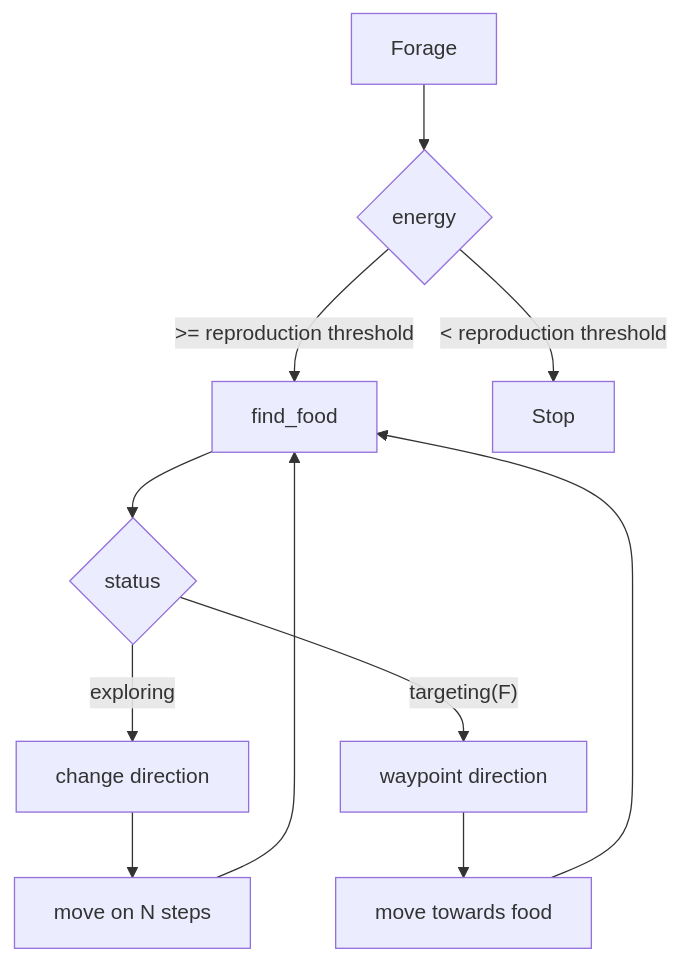
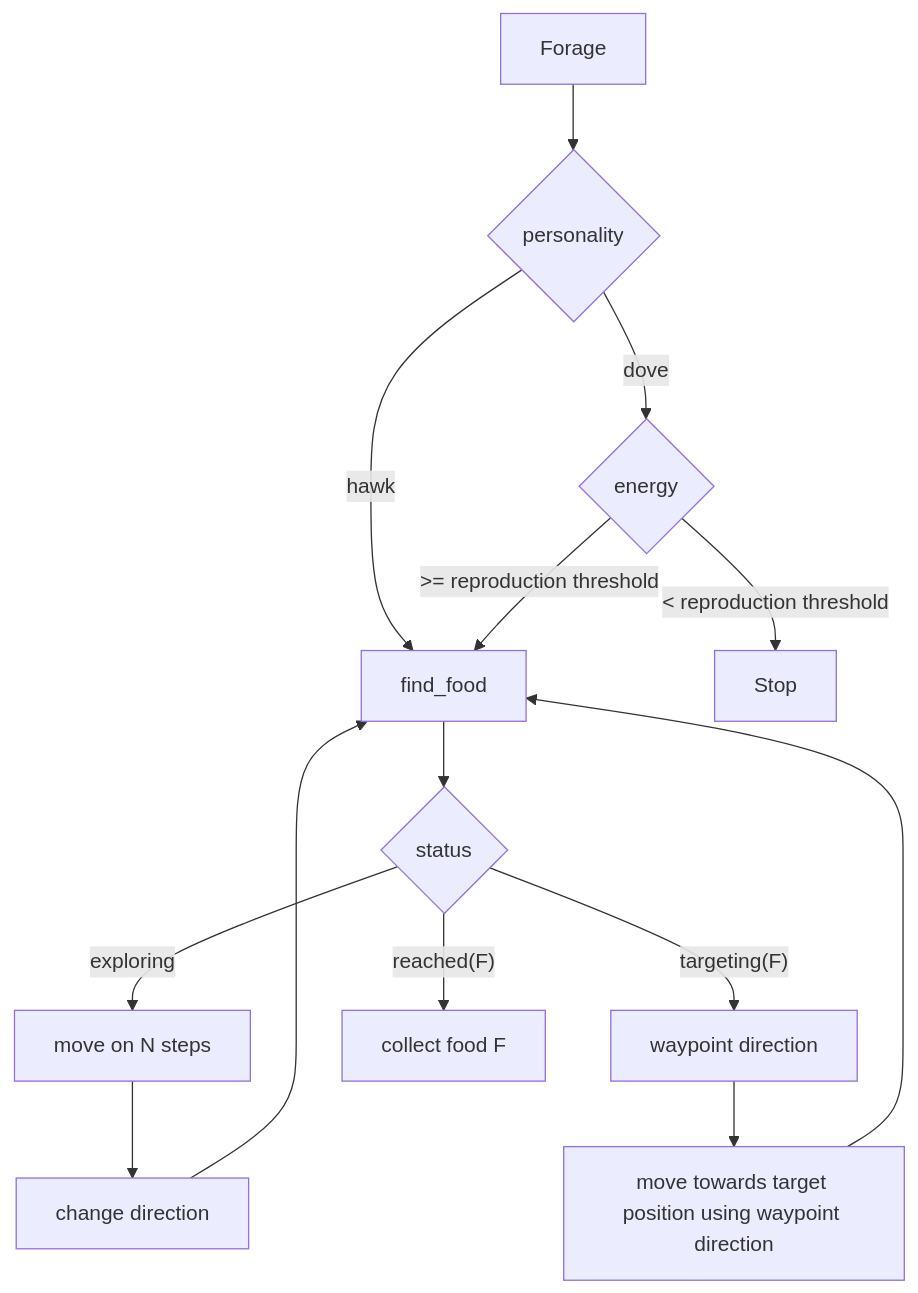
One commit to giovaz94/isee-project-2023-2024 changed the fourth of 4 diagrams in docs/report.md. Above: the diagram before and after it, drawn with Mermaid. The commit also changed other lines of this file and 5 other files, not shown here.

````diff
--- a/docs/report.md
+++ b/docs/report.md
@@ -212,15 +298,23 @@
 ```mermaid
 graph TD
-    A["Forage"] --> B{"energy"}
+    A["Forage"] --> Z{"personality"}
+
+    Z -- "dove" --> B{"energy"}
+
+    Z -- "hawk" --> C
+
     B -- ">= reproduction threshold" --> C["find_food"]
     C --> D{"status"}
-    D -- "exploring" --> E["change direction"]
-    E --> F["move on N steps"]
+
+    D -- "exploring" --> E["move on N steps"]
+    E --> F["change direction"]
     F --> C
-    
+
     D -- "targeting(F)" --> G["waypoint direction"]
-    G --> H["move towards food"]
+    G --> H["move towards target position using waypoint direction"]
     H --> C
+
+    D -- "reached(F)" --> I["collect food F"]
 
     B -- "< reproduction threshold" --> J["Stop"]
 ```
````
